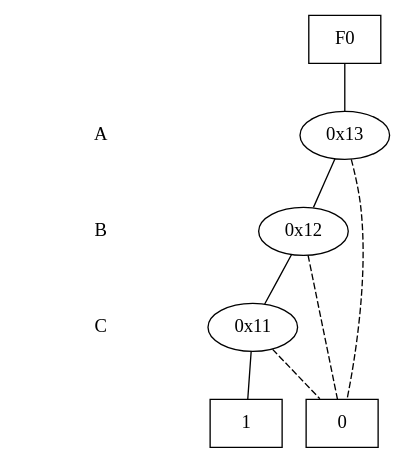
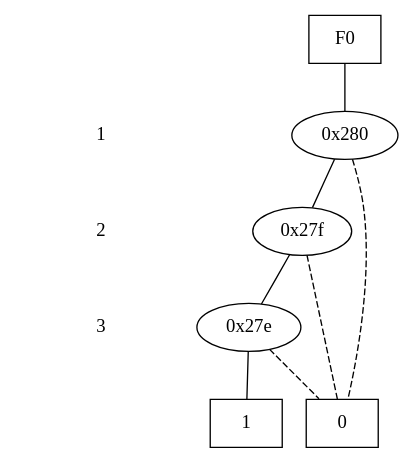
One commit to DimitrisT1804/algorithm_cad1_project changed the diagram in tool/bdd_output/AND3JILTX1.dot. Above: the diagram before and after it, drawn with Graphviz. The commit also changed 8 other files, not shown here.

```diff
--- a/tool/bdd_output/AND3JILTX1.dot
+++ b/tool/bdd_output/AND3JILTX1.dot
@@ -1,35 +1,35 @@
 digraph "DD" {
 size = "7.5,10"
 center = true;
 edge [dir = none];
 { node [shape = plaintext];
   edge [style = invis];
   "CONST NODES" [style = invis];
-" A " -> " B " -> " C " -> "CONST NODES"; 
+" 1 " -> " 2 " -> " 3 " -> "CONST NODES"; 
 }
 { rank = same; node [shape = box]; edge [style = invis];
 "F0"; }
-{ rank = same; " A ";
-"0x13";
+{ rank = same; " 1 ";
+"0x280";
 }
-{ rank = same; " B ";
-"0x12";
+{ rank = same; " 2 ";
+"0x27f";
 }
-{ rank = same; " C ";
-"0x11";
+{ rank = same; " 3 ";
+"0x27e";
 }
 { rank = same; "CONST NODES";
-{ node [shape = box]; "0x7";
-"0x6";
+{ node [shape = box]; "0x274";
+"0x273";
 }
 }
-"F0" -> "0x13" [style = solid];
-"0x13" -> "0x12";
-"0x13" -> "0x7" [style = dashed];
-"0x12" -> "0x11";
-"0x12" -> "0x7" [style = dashed];
-"0x11" -> "0x6";
-"0x11" -> "0x7" [style = dashed];
-"0x7" [label = "0"];
-"0x6" [label = "1"];
+"F0" -> "0x280" [style = solid];
+"0x280" -> "0x27f";
+"0x280" -> "0x274" [style = dashed];
+"0x27f" -> "0x27e";
+"0x27f" -> "0x274" [style = dashed];
+"0x27e" -> "0x273";
+"0x27e" -> "0x274" [style = dashed];
+"0x274" [label = "0"];
+"0x273" [label = "1"];
 }
```
